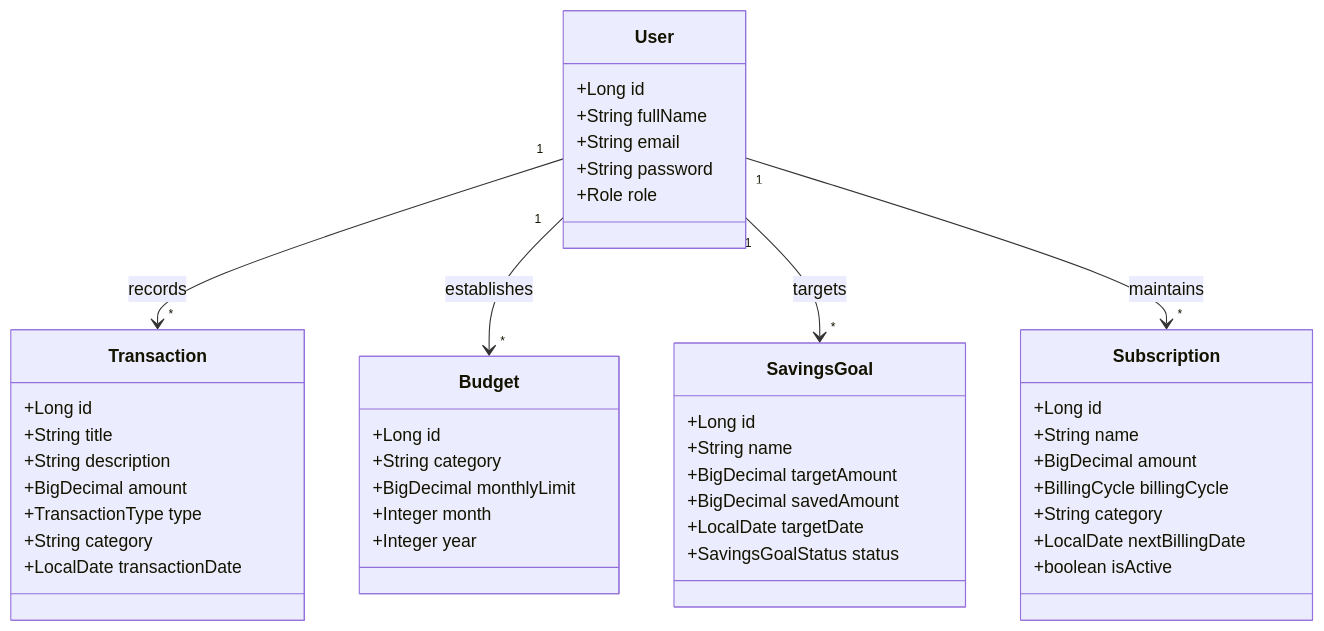
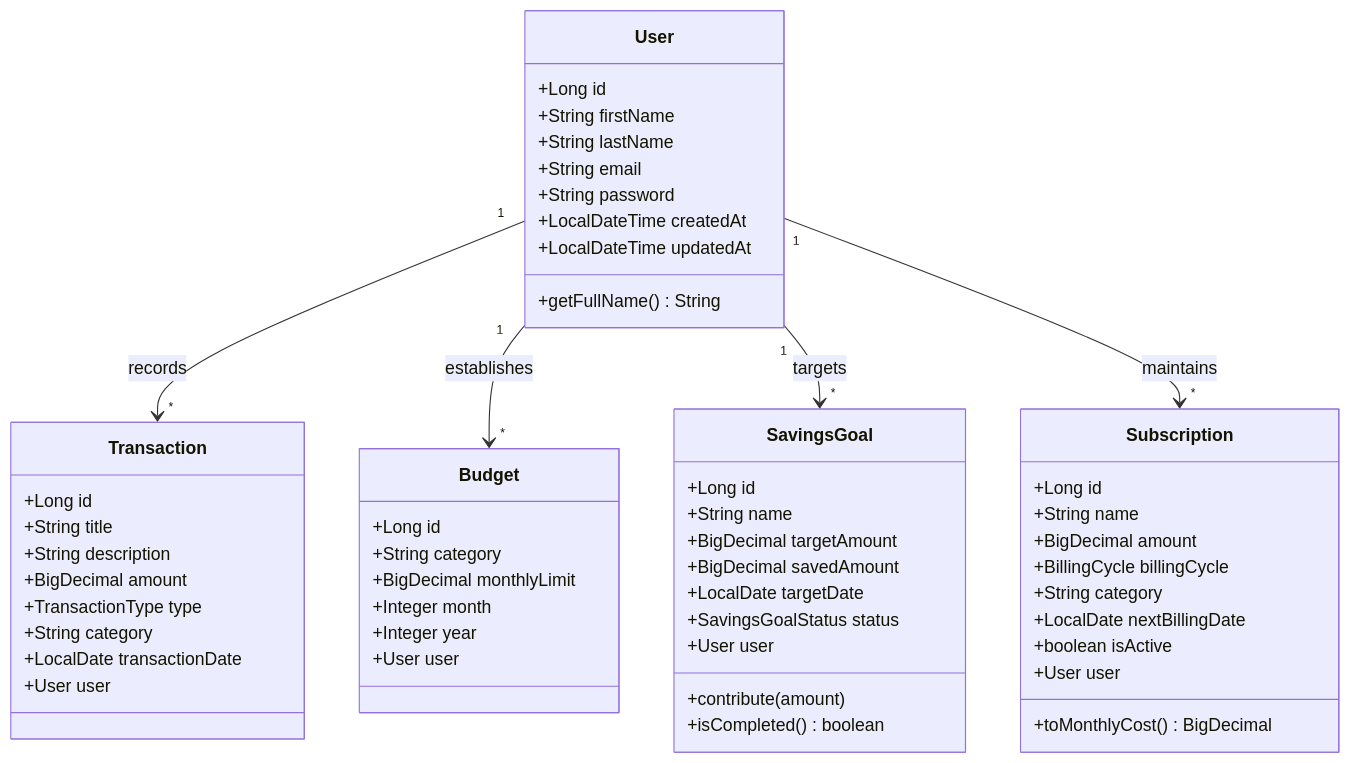
One commit to Heer2401/LedgeX changed the third of 4 diagrams in UBIQUITOUS_LANGUAGE.md. Above: the diagram before and after it, drawn with Mermaid. The commit also changed other lines of this file, not shown here.

Commit message:
docs(domain): update UBIQUITOUS_LANGUAGE.md with consolidated DDD specification and technical stack architecture

````diff
--- a/UBIQUITOUS_LANGUAGE.md
+++ b/UBIQUITOUS_LANGUAGE.md
@@ -144,52 +205,62 @@
 ```mermaid
 classDiagram
     class User {
         +Long id
-        +String fullName
+        +String firstName
+        +String lastName
         +String email
         +String password
-        +Role role
+        +LocalDateTime createdAt
+        +LocalDateTime updatedAt
+        +getFullName() String
     }
 
     class Transaction {
         +Long id
         +String title
         +String description
         +BigDecimal amount
         +TransactionType type
         +String category
         +LocalDate transactionDate
+        +User user
     }
 
     class Budget {
         +Long id
         +String category
         +BigDecimal monthlyLimit
         +Integer month
         +Integer year
+        +User user
     }
 
     class SavingsGoal {
         +Long id
         +String name
         +BigDecimal targetAmount
         +BigDecimal savedAmount
         +LocalDate targetDate
         +SavingsGoalStatus status
+        +User user
+        +contribute(amount)
+        +isCompleted() boolean
     }
 
     class Subscription {
         +Long id
         +String name
         +BigDecimal amount
         +BillingCycle billingCycle
         +String category
         +LocalDate nextBillingDate
         +boolean isActive
+        +User user
+        +toMonthlyCost() BigDecimal
     }
 
     User "1" --> "*" Transaction : records
     User "1" --> "*" Budget : establishes
     User "1" --> "*" SavingsGoal : targets
     User "1" --> "*" Subscription : maintains
 ```
````
